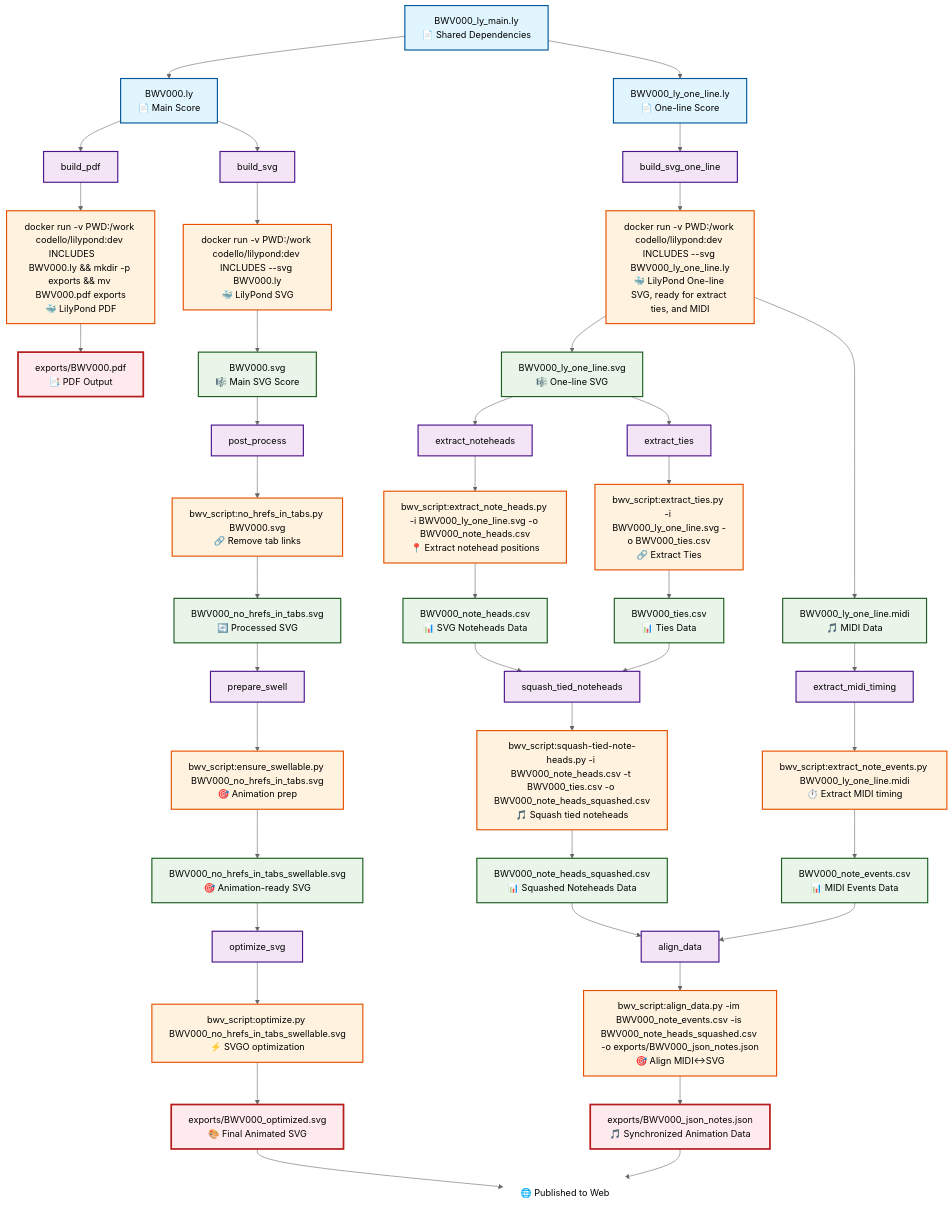
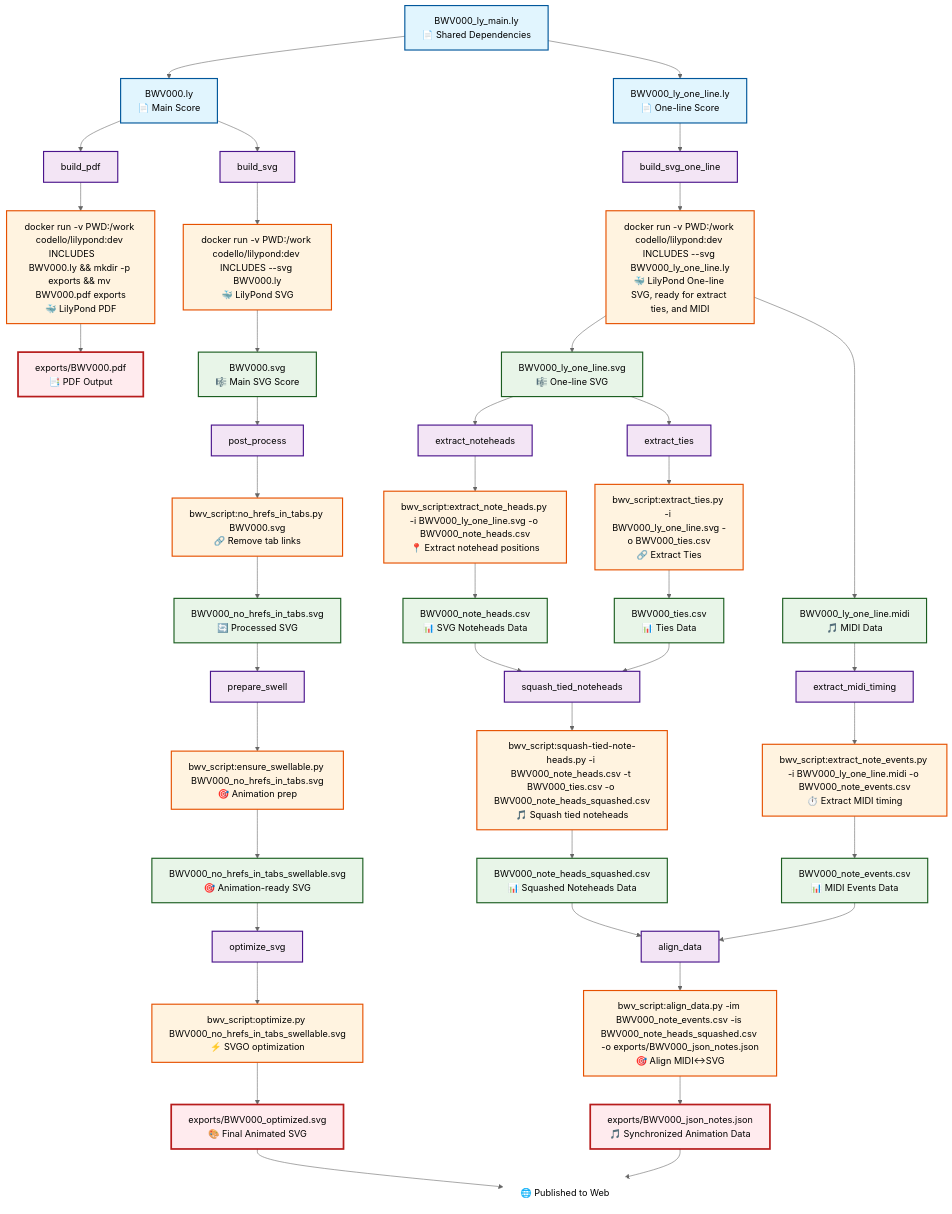
Before and after one commit to cthiebaud/bwv-zeug: the diagram in invoke/tasks.mmd, drawn with Mermaid. The commit also changed 10 other files, not shown here.

```diff
--- a/invoke/tasks.mmd
+++ b/invoke/tasks.mmd
@@ -1,142 +1,142 @@
 %%{init: {'theme':'neutral'}}%%
 graph TD
 
 %% ============================================================================
 %% INPUT NODES
 %% ============================================================================
 I1[BWV000.ly<br/>📄 Main Score]
 I2[BWV000_ly_one_line.ly<br/>📄 One-line Score]
 I3[BWV000_ly_main.ly<br/>📄 Shared Dependencies]
 
 %% ============================================================================
 %% TASK NODES
 %% ============================================================================
 T1[build_pdf]
 T2[build_svg]
 T3[build_svg_one_line]
 T4[post_process]
 T5[prepare_swell]
 T6[optimize_svg]
 T7[extract_noteheads]
 T8[extract_midi_timing]
 T9[align_data]
 T0[extract_ties]
 T11[squash_tied_noteheads]
 
 %% ============================================================================
 %% RUNNABLE NODES
 %% ============================================================================
 R1[docker run -v PWD:/work codello/lilypond:dev INCLUDES       BWV000.ly && mkdir -p exports && mv BWV000.pdf exports<br/>🐳 LilyPond PDF]
 R2[docker run -v PWD:/work codello/lilypond:dev INCLUDES --svg BWV000.ly<br/>🐳 LilyPond SVG]
 R3[docker run -v PWD:/work codello/lilypond:dev INCLUDES --svg BWV000_ly_one_line.ly<br/>🐳 LilyPond One-line SVG, ready for extract ties, and MIDI]
 R4[bwv_script:no_hrefs_in_tabs.py BWV000.svg<br/>🔗 Remove tab links]
 R5[bwv_script:ensure_swellable.py BWV000_no_hrefs_in_tabs.svg<br/>🎯 Animation prep]
 R6[bwv_script:optimize.py BWV000_no_hrefs_in_tabs_swellable.svg<br/>⚡ SVGO optimization]
 R7[bwv_script:extract_note_heads.py -i BWV000_ly_one_line.svg -o BWV000_note_heads.csv<br/>📍 Extract notehead positions]
-R8[bwv_script:extract_note_events.py BWV000_ly_one_line.midi<br/>⏱️ Extract MIDI timing]
+R8[bwv_script:extract_note_events.py -i BWV000_ly_one_line.midi -o BWV000_note_events.csv<br/>⏱️ Extract MIDI timing]
 R9[bwv_script:align_data.py -im BWV000_note_events.csv -is BWV000_note_heads_squashed.csv -o exports/BWV000_json_notes.json<br/>🎯 Align MIDI↔SVG]
 R0[bwv_script:extract_ties.py -i BWV000_ly_one_line.svg -o BWV000_ties.csv<br/>🔗 Extract Ties]
 R11[bwv_script:squash-tied-note-heads.py -i BWV000_note_heads.csv -t BWV000_ties.csv -o BWV000_note_heads_squashed.csv<br/>🎵 Squash tied noteheads]
 
 %% ============================================================================
 %% OUTPUT NODES
 %% ============================================================================
 O2[BWV000.svg<br/>🎼 Main SVG Score]
 O3[BWV000_ly_one_line.svg<br/>🎼 One-line SVG]
 O4[BWV000_ly_one_line.midi<br/>🎵 MIDI Data]
 O5[BWV000_no_hrefs_in_tabs.svg<br/>🔄 Processed SVG]
 O6[BWV000_no_hrefs_in_tabs_swellable.svg<br/>🎯 Animation-ready SVG]
 O7[BWV000_note_heads.csv<br/>📊 SVG Noteheads Data]
 O8[BWV000_note_events.csv<br/>📊 MIDI Events Data]
 O9[BWV000_ties.csv<br/>📊 Ties Data]
 O10[BWV000_note_heads_squashed.csv<br/>📊 Squashed Noteheads Data]
 
 %% ============================================================================
 %% EXPORT NODES
 %% ============================================================================
 E3[exports/BWV000.pdf<br/>📑 PDF Output]
 E1[exports/BWV000_optimized.svg<br/>🎨 Final Animated SVG]
 E2[exports/BWV000_json_notes.json<br/>🎵 Synchronized Animation Data]
 
 %% ============================================================================
 %% DEPENDENCY RELATIONSHIPS
 %% ============================================================================
 %% Shared dependencies
 I3 --> I1
 I3 --> I2
 
 %% Input to task relationships
 I1 --> T1
 I1 --> T2
 I2 --> T3
 
 %% Task to runnable relationships
 T1 --> R1
 T2 --> R2
 T3 --> R3
 T4 --> R4
 T5 --> R5
 T6 --> R6
 T7 --> R7
 T8 --> R8
 T9 --> R9
 T0 --> R0
 T11 --> R11
 
 %% Runnable to output relationships
 R2 --> O2
 R3 --> O3
 R3 --> O4
 R0 --> O9
 R7 --> O7
 R8 --> O8
 R11 --> O10
 
 %% SVG processing chain
 O2 --> T4
 R4 --> O5
 O5 --> T5
 R5 --> O6
 O6 --> T6
 
 %% Data extraction parallel branches
 O3 --> T7
 O3 --> T0
 O4 --> T8
 
 %% Squash tied noteheads step
 O7 --> T11
 O9 --> T11
 
 %% Final data alignment (now uses squashed noteheads)
 O10 --> T9
 O8 --> T9
 
 %% Final export
 R1 --> E3
 R6 --> E1
 R9 --> E2
 
 %% ============================================================================
 %% STYLING
 %% ============================================================================
 classDef input fill:#e1f5fe,stroke:#01579b,stroke-width:2px
 classDef task fill:#f3e5f5,stroke:#4a148c,stroke-width:2px
 classDef output fill:#e8f5e8,stroke:#1b5e20,stroke-width:2px
 classDef runnable fill:#fff3e0,stroke:#e65100,stroke-width:2px
 classDef export fill:#ffebee,stroke:#b71c1c,stroke-width:3px
 
 class I1,I2,I3 input
 class T1,T2,T3,T4,T5,T6,T7,T8,T9,T0,T10,T11 task
 class O2,O3,O4,O5,O6,O7,O8,O9,O10 output
 class R1,R2,R3,R4,R5,R6,R7,R8,R9,R0,R11 runnable
 class E3,E1,E2 export
 
 %% ============================================================================
 %% BOTTOM ALIGNMENT HACK
 %% ============================================================================
 T10["🌐 Published to Web"]
 style T10 fill:#ffffff,stroke:#ffffff
 
 E1 --> T10
 E2 --> T10
```
